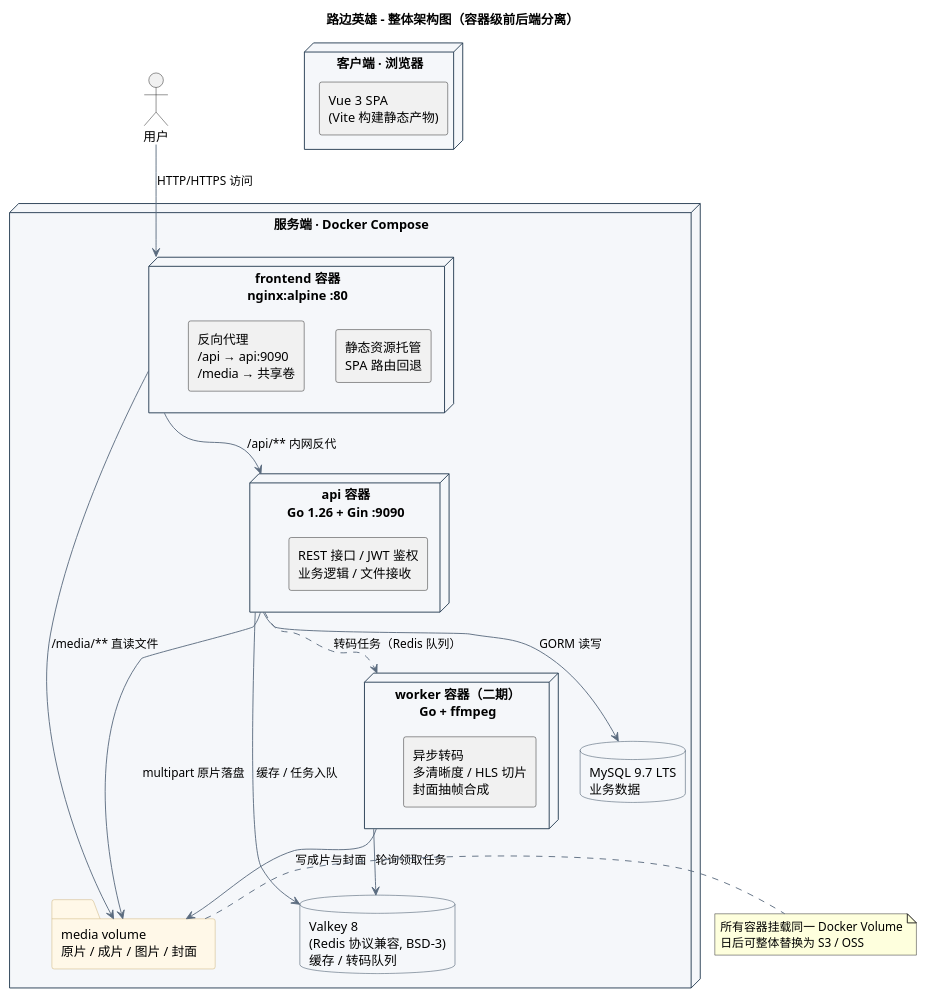
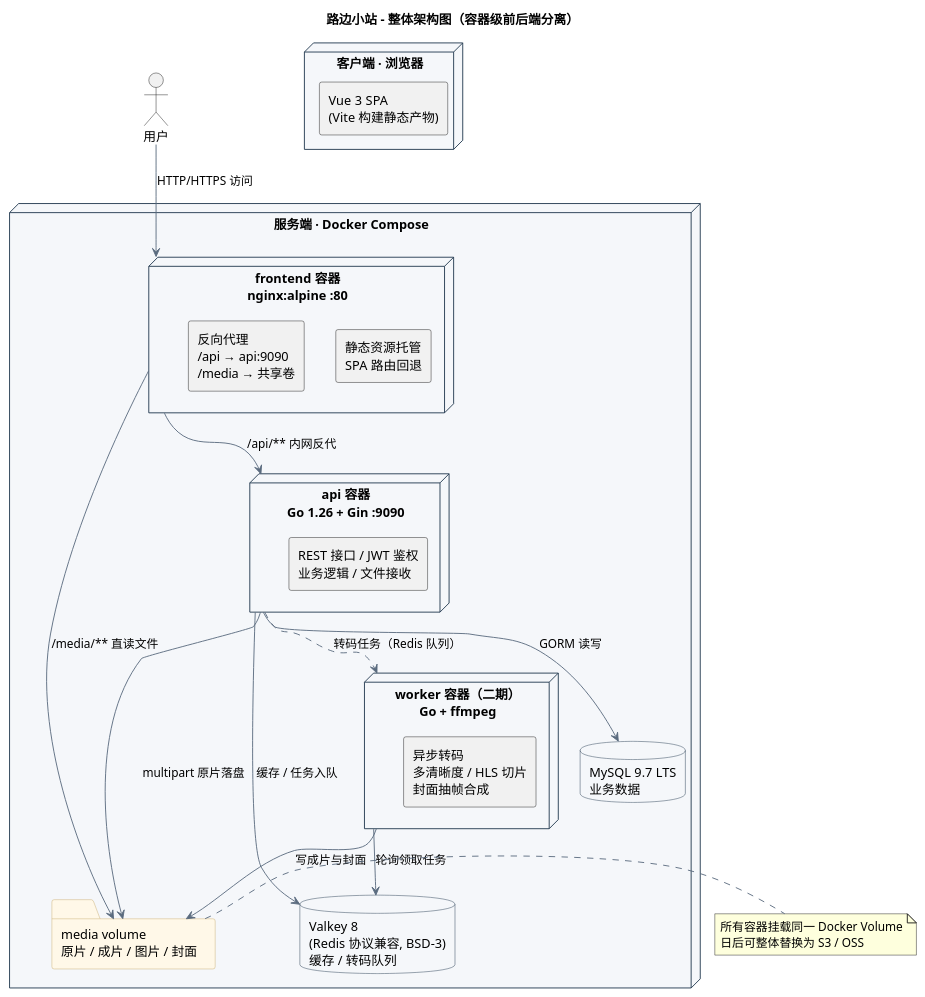
One commit to zmer007/LOL-FCLM changed the diagram in docs/architecture/01-整体架构.puml. Above: the diagram before and after it, drawn with PlantUML. The commit also changed 17 other files, not shown here.

Commit message:
docs: 统一将“路边英雄”更名为“路边小站”

```diff
--- a/docs/architecture/01-整体架构.puml
+++ b/docs/architecture/01-整体架构.puml
@@ -1,59 +1,59 @@
 @startuml 整体架构
-title 路边英雄 - 整体架构图（容器级前后端分离）
+title 路边小站 - 整体架构图（容器级前后端分离）
 skinparam componentStyle rectangle
 skinparam shadowing false
 skinparam defaultFontName "PingFang SC"
 skinparam ArrowColor #5A6B7E
 skinparam NodeBackgroundColor #F5F7FA
 skinparam NodeBorderColor #22394F
 skinparam DatabaseBackgroundColor #F5F7FA
 skinparam DatabaseBorderColor #22394F
 skinparam FolderBackgroundColor #FFF8E8
 skinparam FolderBorderColor #C8AA6E
 
 actor "用户" as user
 
 node "客户端 · 浏览器" as client {
   component "Vue 3 SPA\n(Vite 构建静态产物)" as spa
 }
 
 node "服务端 · Docker Compose" as docker {
 
   node "frontend 容器\nnginx:alpine :80" as nginx {
     component "静态资源托管\nSPA 路由回退" as static
     component "反向代理\n/api → api:9090\n/media → 共享卷" as proxy
   }
 
   node "api 容器\nGo 1.26 + Gin :9090" as api {
     component "REST 接口 / JWT 鉴权\n业务逻辑 / 文件接收" as api_core
   }
 
   node "worker 容器（二期）\nGo + ffmpeg" as worker {
     component "异步转码\n多清晰度 / HLS 切片\n封面抽帧合成" as transcode
   }
 
   database "MySQL 9.7 LTS\n业务数据" as mysql
   database "Valkey 8\n(Redis 协议兼容, BSD-3)\n缓存 / 转码队列" as redis
   folder "media volume\n原片 / 成片 / 图片 / 封面" as media
 }
 
 user --> nginx : HTTP/HTTPS 访问
 spa -[hidden]- static
 
 nginx --> api : /api/** 内网反代
 nginx --> media : /media/** 直读文件
 
 api --> mysql : GORM 读写
 api --> redis : 缓存 / 任务入队
 api --> media : multipart 原片落盘
 
 api ..> worker : 转码任务（Redis 队列）
 worker --> redis : 轮询领取任务
 worker --> media : 写成片与封面
 
 note right of media
   所有容器挂载同一 Docker Volume
   日后可整体替换为 S3 / OSS
 end note
 
 @enduml
```
